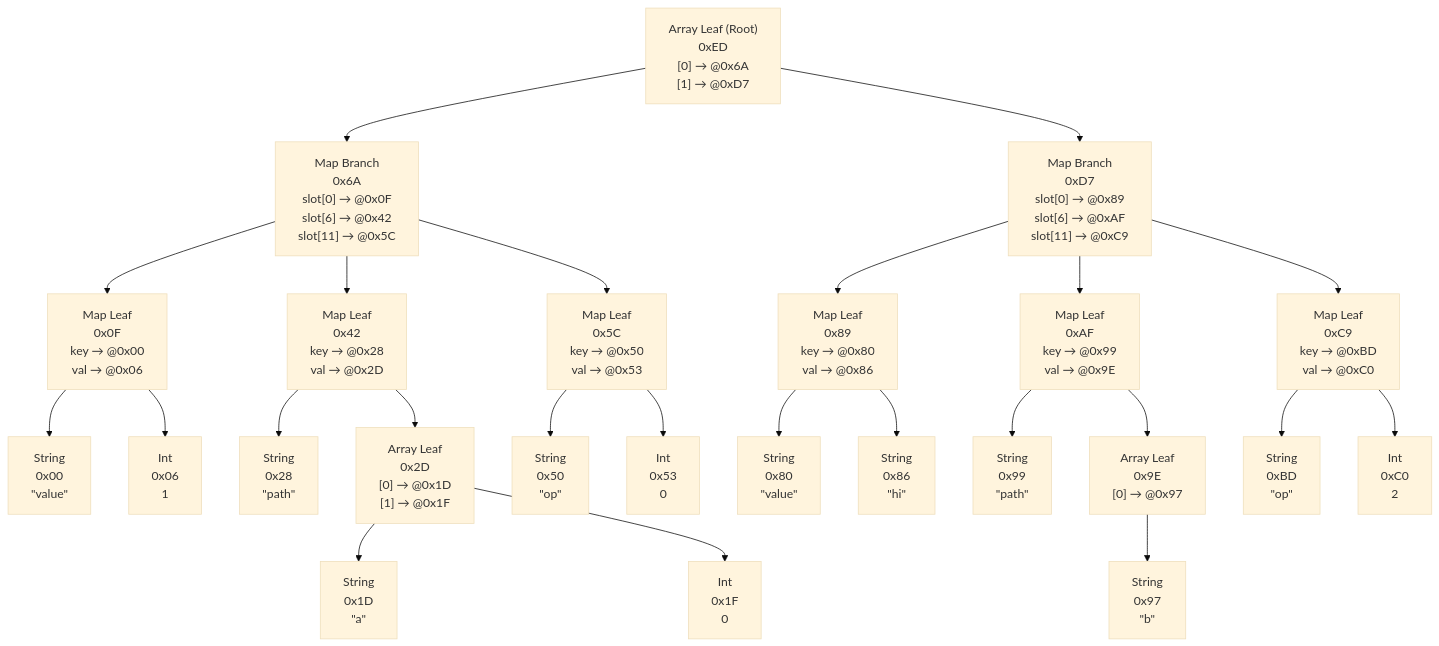
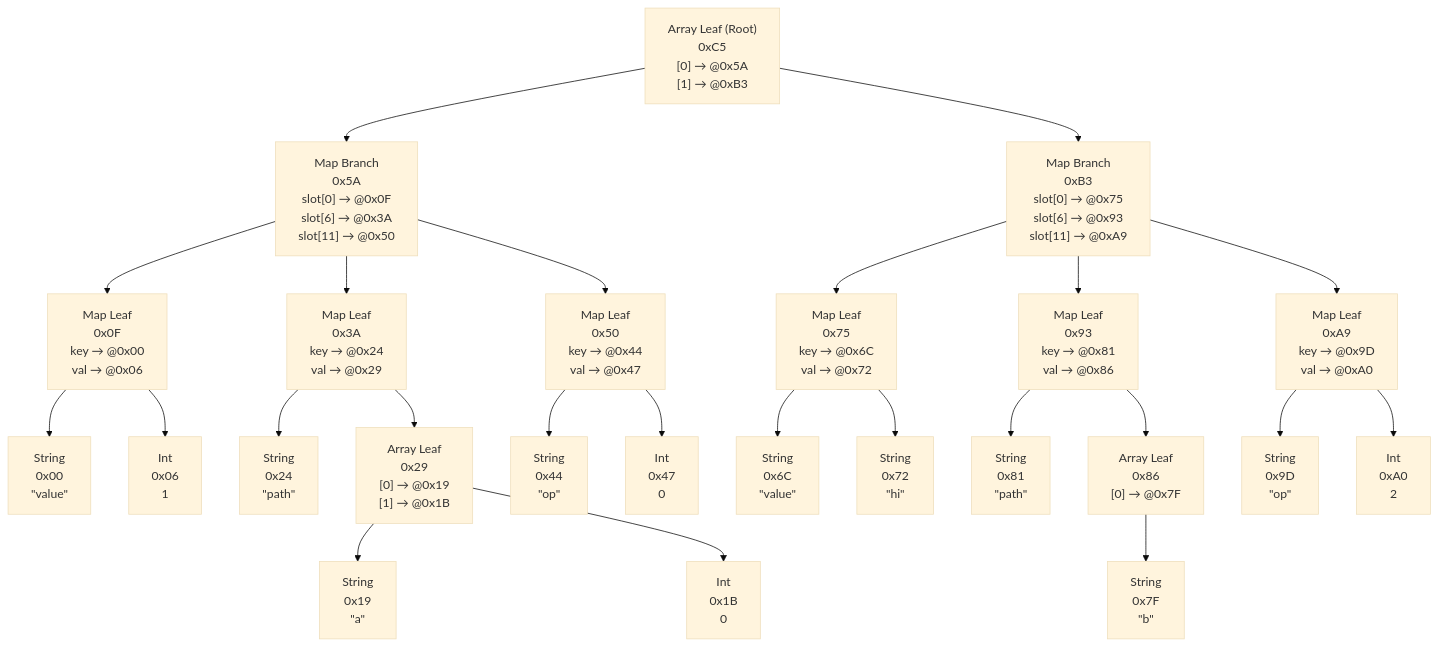
The diagram in SPEC.md (starfederation/tron), drawn with Mermaid (base theme) before and after one commit. The commit also changed other lines of this file and 1 other file, not shown here.

Commit message:
spec: remove entry_count from arr/map nodes

````diff
--- a/SPEC.md
+++ b/SPEC.md
@@ -557,78 +554,78 @@
 ```mermaid
 flowchart TB
-      root["Array Leaf (Root)<br/>0xED<br/>[0] → @0x6A<br/>[1] → @0xD7"]
+      root["Array Leaf (Root)<br/>0xC5<br/>[0] → @0x5A<br/>[1] → @0xB3"]
 
-      obj0["Map Branch<br/>0x6A<br/>slot[0] → @0x0F<br/>slot[6] → @0x42<br/>slot[11] → @0x5C"]
+      obj0["Map Branch<br/>0x5A<br/>slot[0] → @0x0F<br/>slot[6] → @0x3A<br/>slot[11] → @0x50"]
 
-      obj1["Map Branch<br/>0xD7<br/>slot[0] → @0x89<br/>slot[6] → @0xAF<br/>slot[11] → @0xC9"]
+      obj1["Map Branch<br/>0xB3<br/>slot[0] → @0x75<br/>slot[6] → @0x93<br/>slot[11] → @0xA9"]
 
       %% Object 0 map leaves
       leaf0_value["Map Leaf<br/>0x0F<br/>key → @0x00<br/>val → @0x06"]
-      leaf0_path["Map Leaf<br/>0x42<br/>key → @0x28<br/>val → @0x2D"]
-      leaf0_op["Map Leaf<br/>0x5C<br/>key → @0x50<br/>val → @0x53"]
+      leaf0_path["Map Leaf<br/>0x3A<br/>key → @0x24<br/>val → @0x29"]
+      leaf0_op["Map Leaf<br/>0x50<br/>key → @0x44<br/>val → @0x47"]
 
       %% Object 0 keys/values
       key0_value["String<br/>0x00<br/>&quot;value&quot;"]
       val0_value["Int<br/>0x06<br/>1"]
 
-      key0_path["String<br/>0x28<br/>&quot;path&quot;"]
-      val0_path["Array Leaf<br/>0x2D<br/>[0] → @0x1D<br/>[1] → @0x1F"]
+      key0_path["String<br/>0x24<br/>&quot;path&quot;"]
+      val0_path["Array Leaf<br/>0x29<br/>[0] → @0x19<br/>[1] → @0x1B"]
 
-      path0_0["String<br/>0x1D<br/>&quot;a&quot;"]
-      path0_1["Int<br/>0x1F<br/>0"]
+      path0_0["String<br/>0x19<br/>&quot;a&quot;"]
+      path0_1["Int<br/>0x1B<br/>0"]
 
-      key0_op["String<br/>0x50<br/>&quot;op&quot;"]
-      val0_op["Int<br/>0x53<br/>0"]
+      key0_op["String<br/>0x44<br/>&quot;op&quot;"]
+      val0_op["Int<br/>0x47<br/>0"]
 
       %% Object 1 map leaves
-      leaf1_value["Map Leaf<br/>0x89<br/>key → @0x80<br/>val → @0x86"]
-      leaf1_path["Map Leaf<br/>0xAF<br/>key → @0x99<br/>val → @0x9E"]
-      leaf1_op["Map Leaf<br/>0xC9<br/>key → @0xBD<br/>val → @0xC0"]
+      leaf1_value["Map Leaf<br/>0x75<br/>key → @0x6C<br/>val → @0x72"]
+      leaf1_path["Map Leaf<br/>0x93<br/>key → @0x81<br/>val → @0x86"]
+      leaf1_op["Map Leaf<br/>0xA9<br/>key → @0x9D<br/>val → @0xA0"]
 
       %% Object 1 keys/values
-      key1_value["String<br/>0x80<br/>&quot;value&quot;"]
-      val1_value["String<br/>0x86<br/>&quot;hi&quot;"]
+      key1_value["String<br/>0x6C<br/>&quot;value&quot;"]
+      val1_value["String<br/>0x72<br/>&quot;hi&quot;"]
 
-      key1_path["String<br/>0x99<br/>&quot;path&quot;"]
-      val1_path["Array Leaf<br/>0x9E<br/>[0] → @0x97"]
+      key1_path["String<br/>0x81<br/>&quot;path&quot;"]
+      val1_path["Array Leaf<br/>0x86<br/>[0] → @0x7F"]
 
-      path1_0["String<br/>0x97<br/>&quot;b&quot;"]
+      path1_0["String<br/>0x7F<br/>&quot;b&quot;"]
 
-      key1_op["String<br/>0xBD<br/>&quot;op&quot;"]
-      val1_op["Int<br/>0xC0<br/>2"]
+      key1_op["String<br/>0x9D<br/>&quot;op&quot;"]
+      val1_op["Int<br/>0xA0<br/>2"]
 
       %% Connections
       root --> obj0
       root --> obj1
 
       obj0 --> leaf0_value
       obj0 --> leaf0_path
       obj0 --> leaf0_op
 
       leaf0_value --> key0_value
       leaf0_value --> val0_value
 
       leaf0_path --> key0_path
       leaf0_path --> val0_path
 
       val0_path --> path0_0
       val0_path --> path0_1
 
       leaf0_op --> key0_op
       leaf0_op --> val0_op
 
       obj1 --> leaf1_value
       obj1 --> leaf1_path
       obj1 --> leaf1_op
 
       leaf1_value --> key1_value
       leaf1_value --> val1_value
 
       leaf1_path --> key1_path
       leaf1_path --> val1_path
 
       val1_path --> path1_0
 
       leaf1_op --> key1_op
       leaf1_op --> val1_op
 ```
````
